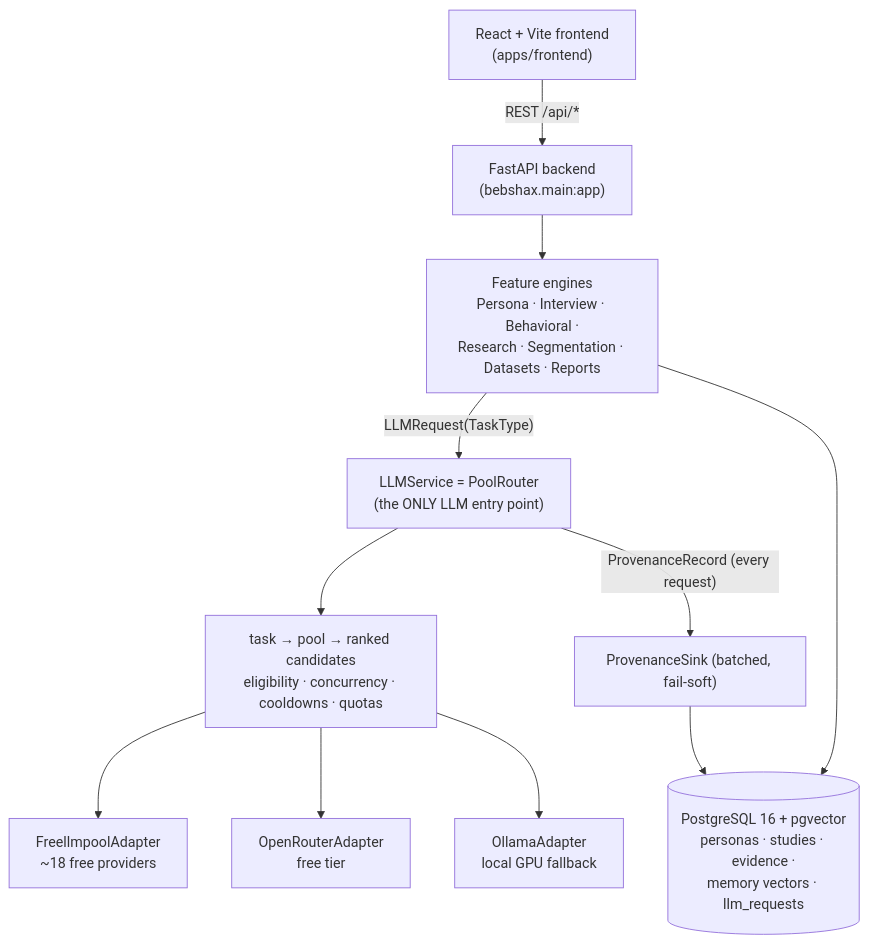
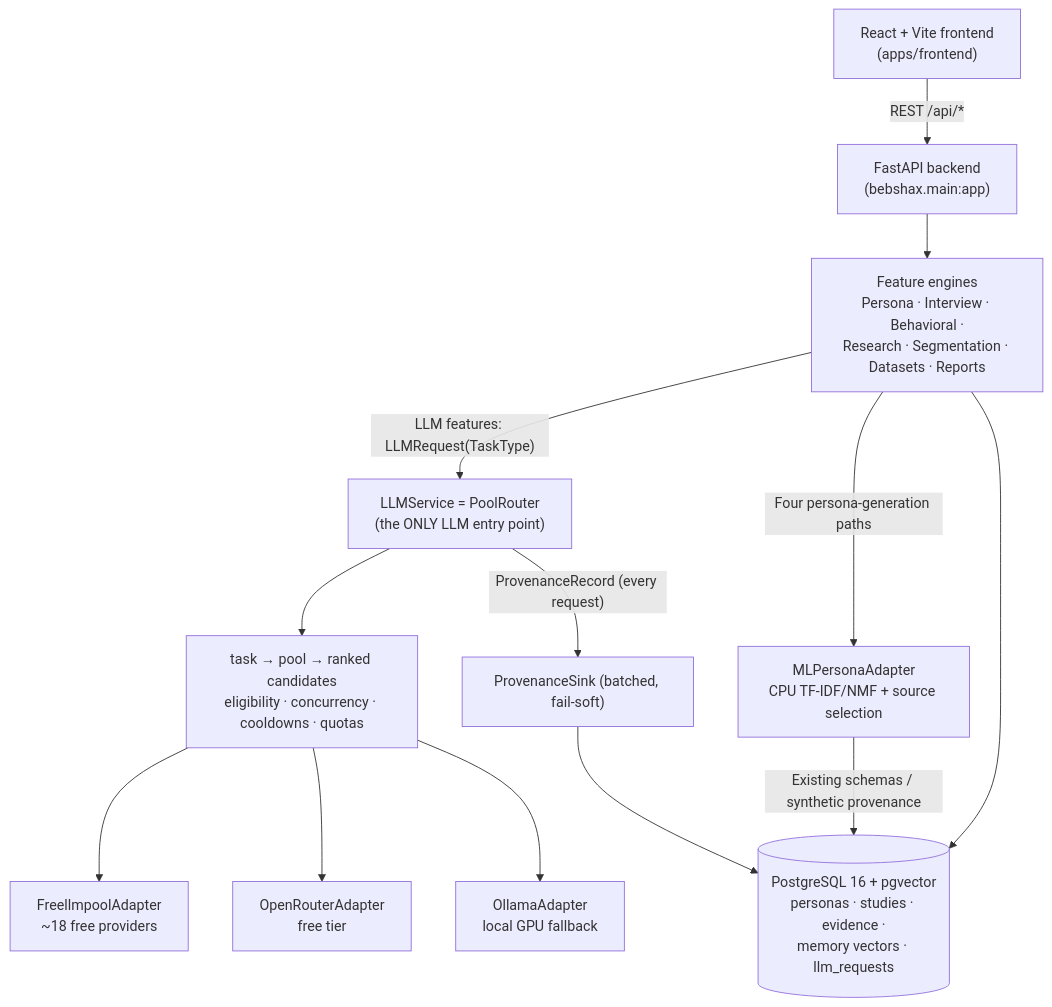
One commit to Tayebbb/BebshaX changed the diagram in SUMMARY.md. Above: the diagram before and after it, drawn with Mermaid. The commit also changed other lines of this file and 34 other files, not shown here.

````diff
--- a/SUMMARY.md
+++ b/SUMMARY.md
@@ -158,13 +159,15 @@
 ```mermaid
 flowchart TD
     FE["React + Vite frontend<br/>(apps/frontend)"] -- "REST /api/*" --> API["FastAPI backend<br/>(bebshax.main:app)"]
     API --> ENG["Feature engines<br/>Persona · Interview · Behavioral ·<br/>Research · Segmentation · Datasets · Reports"]
-    ENG -- "LLMRequest(TaskType)" --> SVC["LLMService = PoolRouter<br/>(the ONLY LLM entry point)"]
+   ENG -- "LLM features: LLMRequest(TaskType)" --> SVC["LLMService = PoolRouter<br/>(the ONLY LLM entry point)"]
+   ENG -- "Four persona-generation paths" --> ML["MLPersonaAdapter<br/>CPU TF-IDF/NMF + source selection"]
     SVC --> POOLS["task → pool → ranked candidates<br/>eligibility · concurrency · cooldowns · quotas"]
     POOLS --> A1["FreellmpoolAdapter<br/>~18 free providers"]
     POOLS --> A2["OpenRouterAdapter<br/>free tier"]
     POOLS --> A3["OllamaAdapter<br/>local GPU fallback"]
     SVC -- "ProvenanceRecord (every request)" --> SINK["ProvenanceSink (batched, fail-soft)"]
     SINK --> DB[("PostgreSQL 16 + pgvector<br/>personas · studies · evidence ·<br/>memory vectors · llm_requests")]
+   ML -- "Existing schemas / synthetic provenance" --> DB
     ENG --> DB
 ```
````
